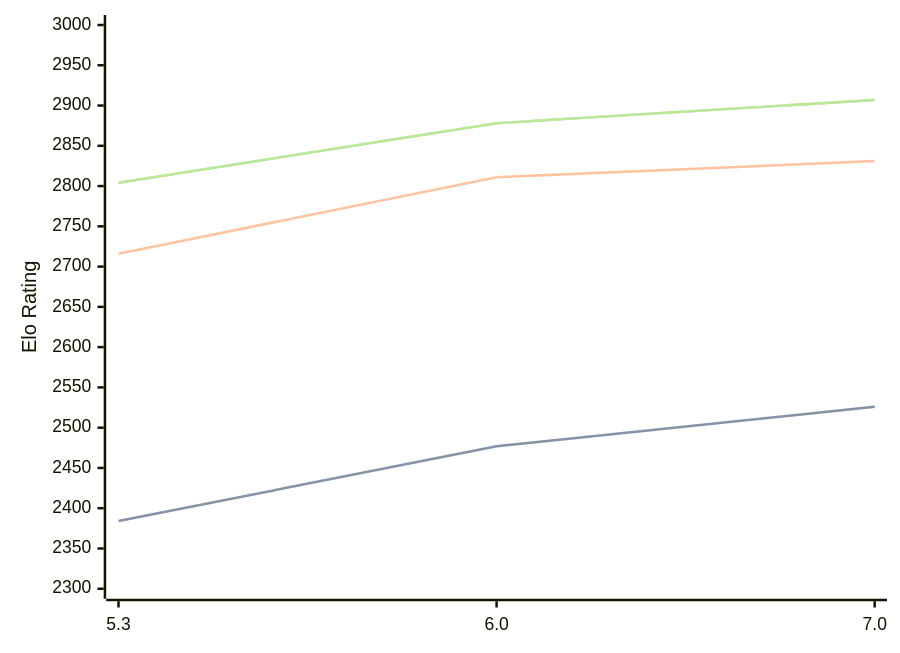
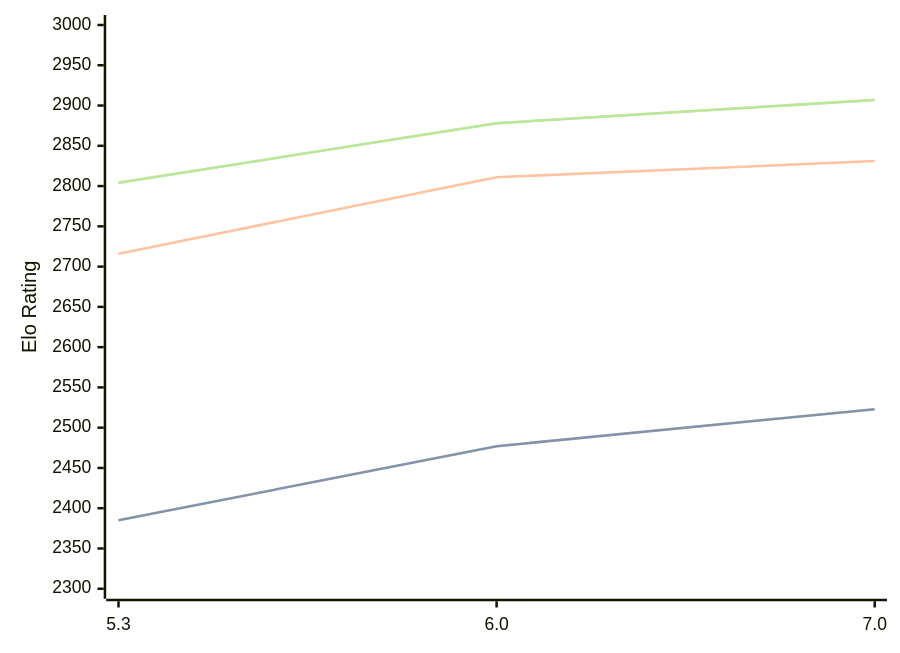
Before and after one commit to computer-chess-index/cci: the diagram in engines/tomitankChess.md, drawn with Mermaid. The commit also changed other lines of this file, not shown here.

````diff
--- a/engines/tomitankChess.md
+++ b/engines/tomitankChess.md
@@ -33,11 +33,11 @@
 ```mermaid
 %%{init: {"theme":"base","themeVariables":{"seriesColors:['#a3a3a3','#222221','#faa371']}}}%%
 xychart-beta
   x-axis ["5.3", "6.0", "7.0"]
   y-axis "Elo Rating" 2300 --> 3000
-  line "STC (8.0+0.08s)" [2384, 2477, 2526]
-  line "STC (8.0+0.08s)" [2384, 2477, 2526]
+  line "STC (8.0+0.08s)" [2385, 2477, 2523]
+  line "STC (8.0+0.08s)" [2385, 2477, 2523]
   line "LTC (60.0+0.60s)" [2716, 2811, 2831]
   line "VLTC (2m24s+1.12s)" [2804, 2878, 2907]
   line "VLTC (2m24s+1.12s)" [2804, 2878, 2907]
 ```
````
